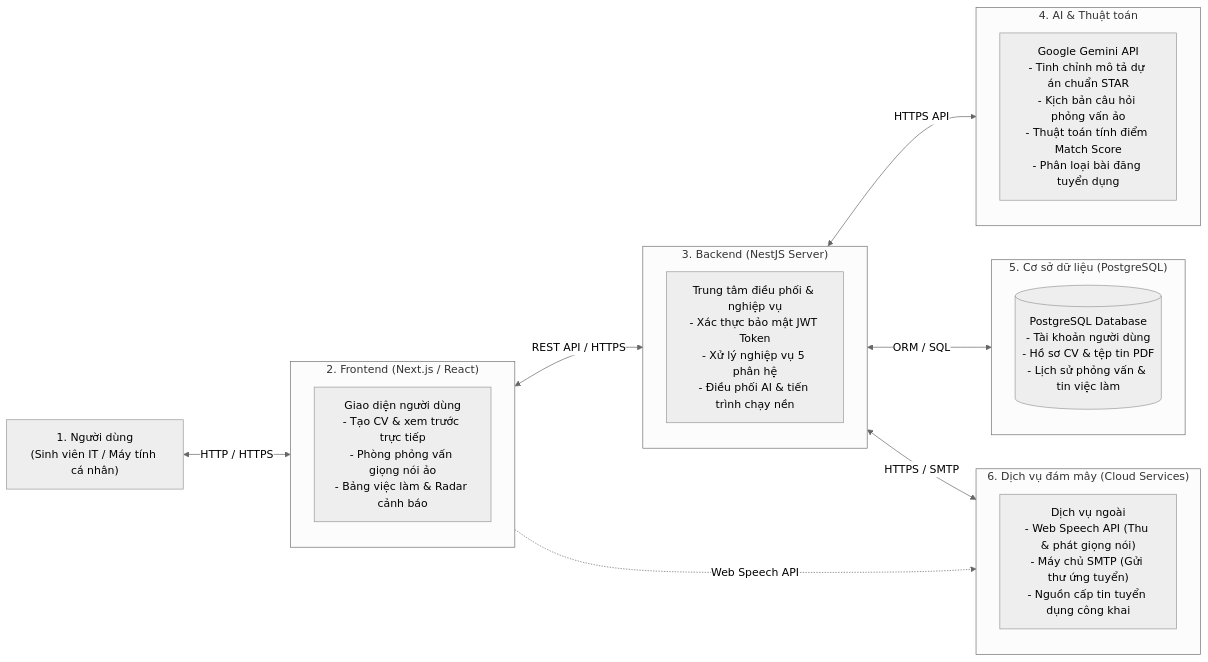
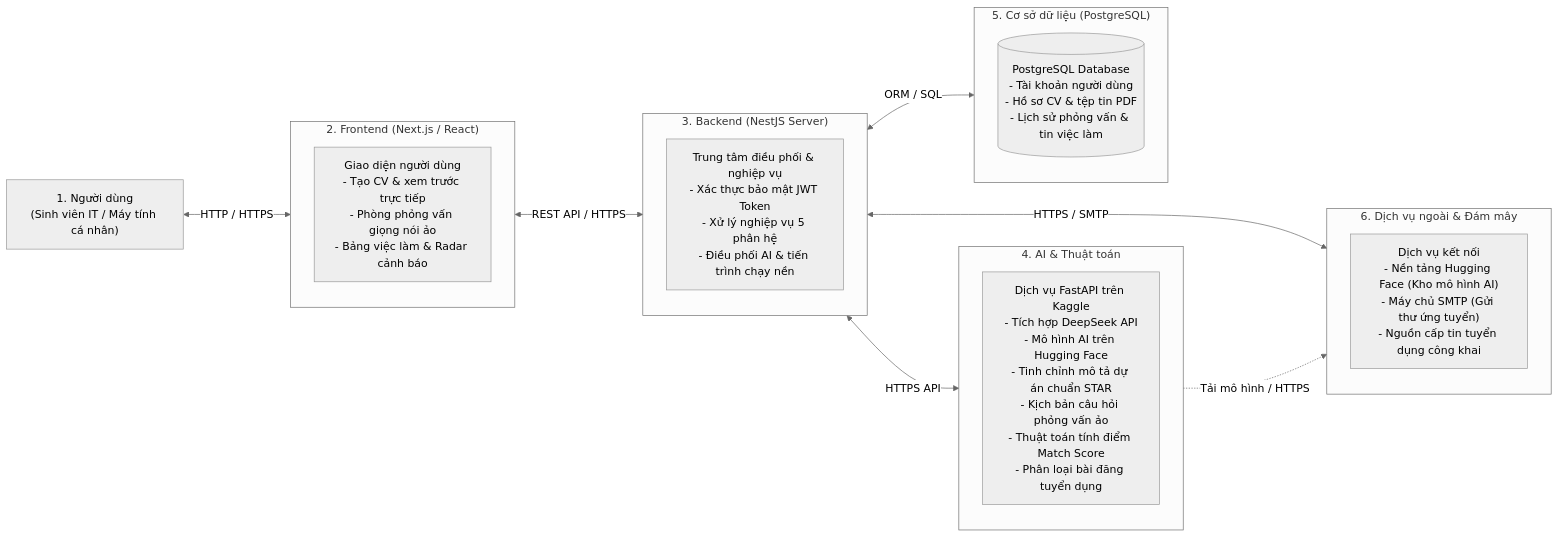
The diagram in docs/Week01/Submission/Project_Proposal.md (DungLe939/CNPM-Docs), drawn with Mermaid (neutral theme) before and after one commit. The commit also changed other lines of this file and 2 other files, not shown here.

Commit message:
feat(proposal): hoàn thiện đề xuất đồ án với hạ tầng AI Kaggle FastAPI, DeepSeek và chuẩn hóa chi phí 0 VNĐ

````diff
--- a/docs/Week01/Submission/Project_Proposal.md
+++ b/docs/Week01/Submission/Project_Proposal.md
@@ -91,31 +91,31 @@
 ```mermaid
 flowchart LR
     User["1. Người dùng<br>(Sinh viên IT / Máy tính cá nhân)"]
 
     subgraph Frontend["2. Frontend (Next.js / React)"]
         FE_UI["Giao diện người dùng<br>- Tạo CV & xem trước trực tiếp<br>- Phòng phỏng vấn giọng nói ảo<br>- Bảng việc làm & Radar cảnh báo"]
     end
 
     subgraph Backend["3. Backend (NestJS Server)"]
         BE_Core["Trung tâm điều phối & nghiệp vụ<br>- Xác thực bảo mật JWT Token<br>- Xử lý nghiệp vụ 5 phân hệ<br>- Điều phối AI & tiến trình chạy nền"]
     end
 
     subgraph AI_Engine["4. AI & Thuật toán"]
-        AI_Core["Google Gemini API<br>- Tinh chỉnh mô tả dự án chuẩn STAR<br>- Kịch bản câu hỏi phỏng vấn ảo<br>- Thuật toán tính điểm Match Score<br>- Phân loại bài đăng tuyển dụng"]
+        AI_Core["Dịch vụ FastAPI trên Kaggle<br>- Tích hợp DeepSeek API<br>- Mô hình AI trên Hugging Face<br>- Tinh chỉnh mô tả dự án chuẩn STAR<br>- Kịch bản câu hỏi phỏng vấn ảo<br>- Thuật toán tính điểm Match Score<br>- Phân loại bài đăng tuyển dụng"]
     end
 
     subgraph Storage["5. Cơ sở dữ liệu (PostgreSQL)"]
         DB[("PostgreSQL Database<br>- Tài khoản người dùng<br>- Hồ sơ CV & tệp tin PDF<br>- Lịch sử phỏng vấn & tin việc làm")]
     end
 
-    subgraph CloudServices["6. Dịch vụ đám mây (Cloud Services)"]
-        Cloud["Dịch vụ ngoài<br>- Web Speech API (Thu & phát giọng nói)<br>- Máy chủ SMTP (Gửi thư ứng tuyển)<br>- Nguồn cấp tin tuyển dụng công khai"]
+    subgraph CloudServices["6. Dịch vụ ngoài & Đám mây"]
+        Cloud["Dịch vụ kết nối<br>- Nền tảng Hugging Face (Kho mô hình AI)<br>- Máy chủ SMTP (Gửi thư ứng tuyển)<br>- Nguồn cấp tin tuyển dụng công khai"]
     end
 
     User <-->|HTTP / HTTPS| Frontend
     Frontend <-->|REST API / HTTPS| Backend
     Backend <-->|HTTPS API| AI_Engine
     Backend <-->|ORM / SQL| Storage
     Backend <-->|HTTPS / SMTP| CloudServices
-    Frontend -.->|Web Speech API| CloudServices
+    AI_Engine -.->|Tải mô hình / HTTPS| CloudServices
 ```
````
